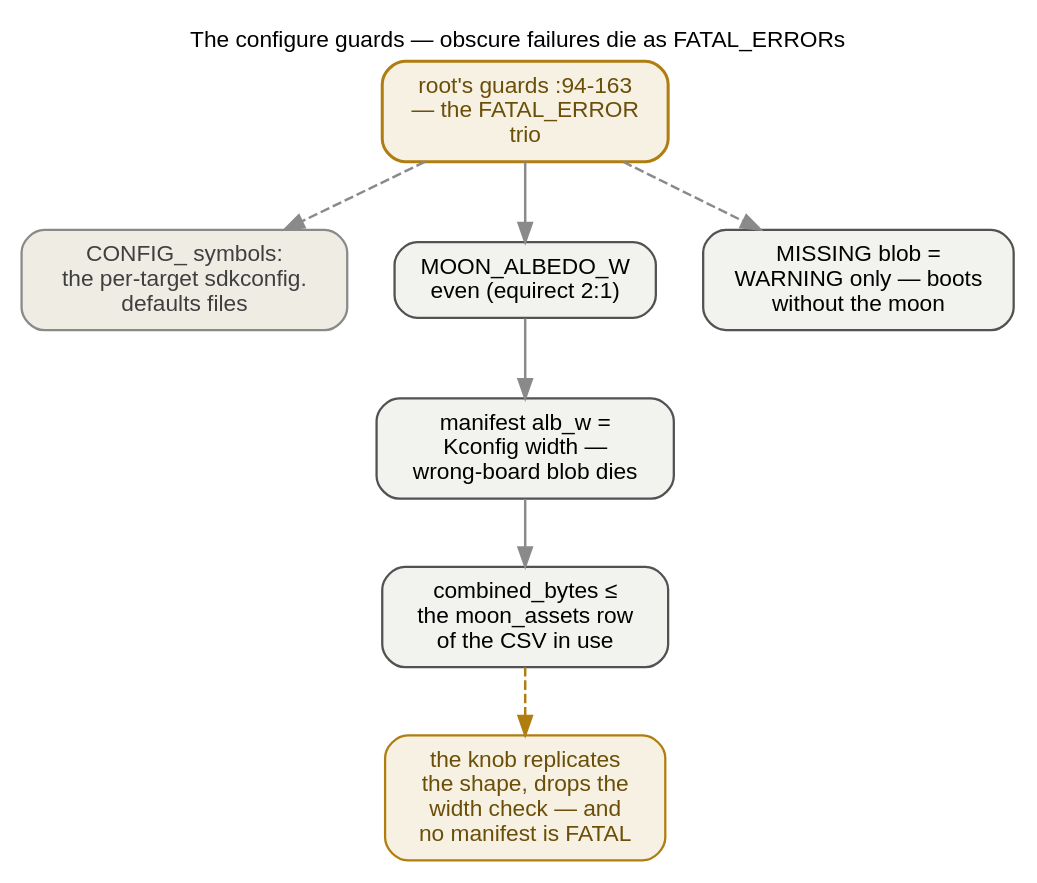
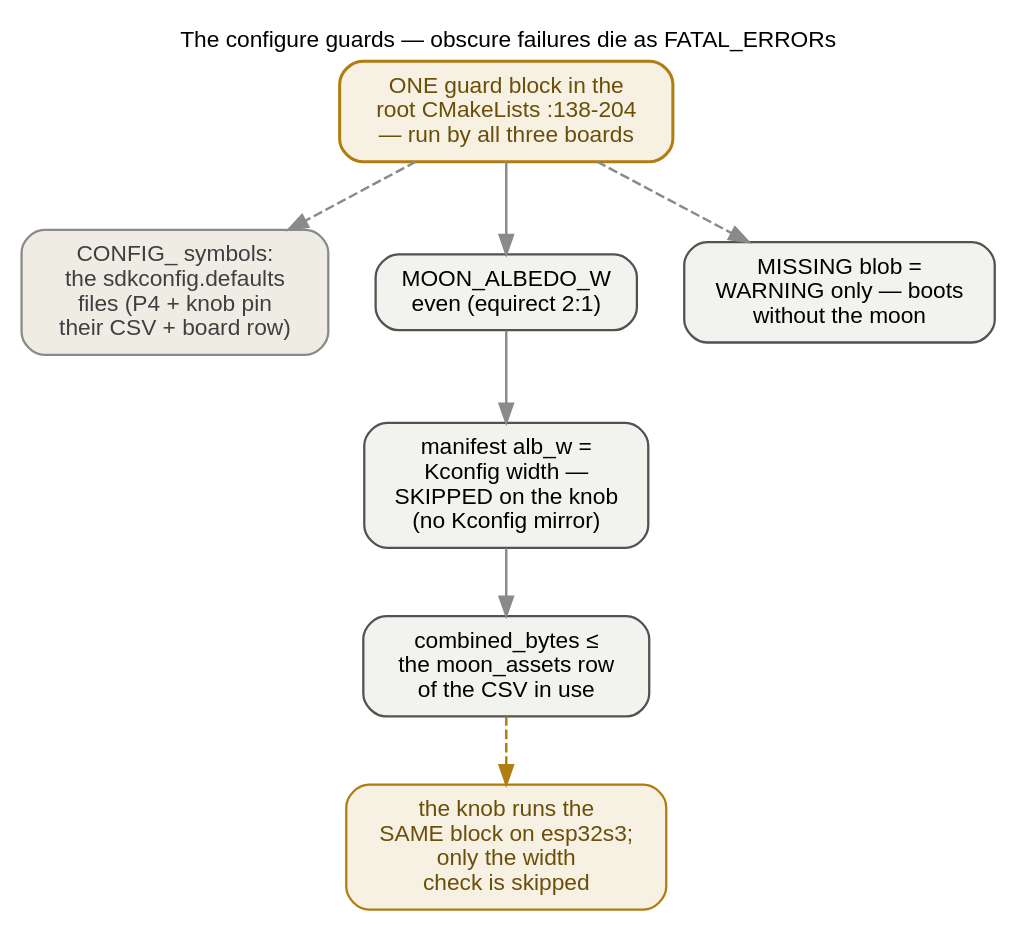
The diagram in docs/_graphs/build-seam-guards.dot (ukos-git/moon-clock-esp), drawn with Graphviz before and after one commit. The commit also changed 38 other files, not shown here.

First line of the commit message:
docs: point the knob at the root-tree build, drop the sibling refs

```diff
--- a/docs/_graphs/build-seam-guards.dot
+++ b/docs/_graphs/build-seam-guards.dot
@@ -1,57 +1,63 @@
-// The configure-time guards, opened (verified before drawing):
-//   Root's guards (:94-163): MOON_ALBEDO_W must be an EVEN equirect
-//   width (:107-108); the manifest's alb_w must EQUAL the Kconfig
-//   width (:130-134); the combined blob must fit the moon_assets row
-//   of 'the partition CSV the build actually uses' —
-//   PARTITION_TABLE_CUSTOM_FILENAME honoured, else partitions.csv
-//   (:137-144) — 'they need >= X K' names the KiB (:160-163). 'All
-//   three mismatches have historically surfaced as obscure build/boot
-//   failures … so they are FATAL_ERRORs here' (:88-93). A MISSING
-//   blob is a WARNING only (:183-185) — the app boots without the
-//   moon.
-//   knob's guards (:51-88) replicate the root's SHAPE, minus the
-//   Kconfig-width check — 'the knob has no Kconfig mirror; its single
-//   truth is the pipeline-written manifest + header' (:52-54) — and
-//   it is STRICTER about existence: a missing MANIFEST is a
-//   FATAL_ERROR (:59-63), because a knob without its blob has no moon
-//   at all (no SD socket).
-//   Where CONFIG_ symbols come from instead: sdkconfig.defaults.
-//   esp32p4 pins CONFIG_BOARD_P4=y (:7) and
-//   PARTITION_TABLE_CUSTOM_FILENAME="partitions_p4.csv" (:13) — the
-//   root's mismatch guard FATAL_ERRORs when target and BOARD choice
-//   disagree (:77-88); the knob's own choice BOARD lives in the
-//   shim's Kconfig.
+// The configure-time guards, opened (verified before drawing). There is
+// ONE guard block — the root CMakeLists' — run by all three boards; the
+// knob no longer carries a replicated copy:
+//   The asset guards (:138-204): MOON_ALBEDO_W must be an EVEN equirect
+//   width; the manifest's alb_w must EQUAL the Kconfig width; the
+//   combined blob must fit the moon_assets row of 'the partition CSV the
+//   build actually uses' — PARTITION_TABLE_CUSTOM_FILENAME honoured
+//   (partitions.csv / partitions_p4.csv / partitions_knob.csv), else
+//   partitions.csv — 'they need >= X K' names the KiB. 'All three
+//   mismatches have historically surfaced as obscure build/boot
+//   failures … so they are FATAL_ERRORs here'. A MISSING blob is a
+//   WARNING only — the app boots without the moon.
+//   The knob runs the SAME block on the esp32s3 target; the one knob-only
+//   difference is that the albedo-width cross-check is SKIPPED for the
+//   knob target (it has no MOON_ALBEDO_W Kconfig mirror — the knob code
+//   reads the width from the generated header + manifest, so the
+//   manifest's own alb_w + the partition fit are its guards). The
+//   MOON_ASSET_TARGET selection is s3 default / p4 on the P4 target / knob
+//   on CONFIG_BOARD_KNOB (:146-151).
+//   Where CONFIG_ symbols come from instead: the sdkconfig.defaults files.
+//   sdkconfig.defaults.esp32p4 pins CONFIG_BOARD_P4=y and
+//   PARTITION_TABLE_CUSTOM_FILENAME="partitions_p4.csv";
+//   sdkconfig.defaults.knob pins CONFIG_BOARD_KNOB=y and
+//   PARTITION_TABLE_CUSTOM_FILENAME="partitions_knob.csv" (passed
+//   explicitly, -D SDKCONFIG_DEFAULTS). The root's mismatch guard
+//   FATAL_ERRORs when IDF_TARGET and the BOARD choice disagree
+//   (:115-121), and a second guard (:126-136) FATAL_ERRORs when
+//   CONFIG_BOARD_KNOB is set without -D KNOB_BOARD=ON — so a stray knob
+//   sdkconfig fails loudly instead of resolving the S3 BSP.
 // The sealed version is build-seam.dot; the blob these guards price is
 // assets-pipeline.dot.
 // FONTS: 12 pt = the page's 16 px body text at 1:1 — kept inside the
 // content column.
 // Rendered inline as SVG by sphinx.ext.graphviz (dot on PATH).
 digraph build_seam_guards {
     rankdir=TB;
     label="The configure guards — obscure failures die as FATAL_ERRORs";
     labelloc="t"; labeljust="c";
     fontname="Helvetica"; fontsize=12;
     graph [nodesep=0.35, ranksep=0.5];
     node [fontname="Helvetica", fontsize=12, shape=box, style="rounded,filled",
           width=0, height=0, margin="0.16,0.10", fillcolor="#f2f2ef",
           color="#525252", penwidth=1.2];
     edge [fontname="Helvetica", fontsize=12, color="#8a8a8a", penwidth=1.3];
 
-    rootg [label="root's guards :94-163\n— the FATAL_ERROR\ntrio",
+    rootg [label="ONE guard block in the\nroot CMakeLists :138-204\n— run by all three boards",
            fillcolor="#f6f1e2", color="#b07d10", fontcolor="#6b4e08", penwidth=1.6];
-    kconf [label="CONFIG_ symbols:\nthe per-target sdkconfig.\ndefaults files",
+    kconf [label="CONFIG_ symbols:\nthe sdkconfig.defaults\nfiles (P4 + knob pin\ntheir CSV + board row)",
            fillcolor="#efece4", color="#8a8a8a", fontcolor="#3f3f3f"];
     g1 [label="MOON_ALBEDO_W\neven (equirect 2:1)"];
-    g2 [label="manifest alb_w =\nKconfig width —\nwrong-board blob dies"];
+    g2 [label="manifest alb_w =\nKconfig width —\nSKIPPED on the knob\n(no Kconfig mirror)"];
     g3 [label="combined_bytes ≤\nthe moon_assets row\nof the CSV in use"];
     miss [label="MISSING blob =\nWARNING only — boots\nwithout the moon"];
-    knobg [label="the knob replicates\nthe shape, drops the\nwidth check — and\nno manifest is FATAL",
+    knobg [label="the knob runs the\nSAME block on esp32s3;\nonly the width\ncheck is skipped",
            fillcolor="#f6f1e2", color="#b07d10", fontcolor="#6b4e08"];
 
     rootg -> g1;
     g1 -> g2;
     g2 -> g3;
     g3 -> knobg [style=dashed, color="#b07d10"];
     rootg -> miss [style=dashed];
     rootg -> kconf [style=dashed];
 }
```
